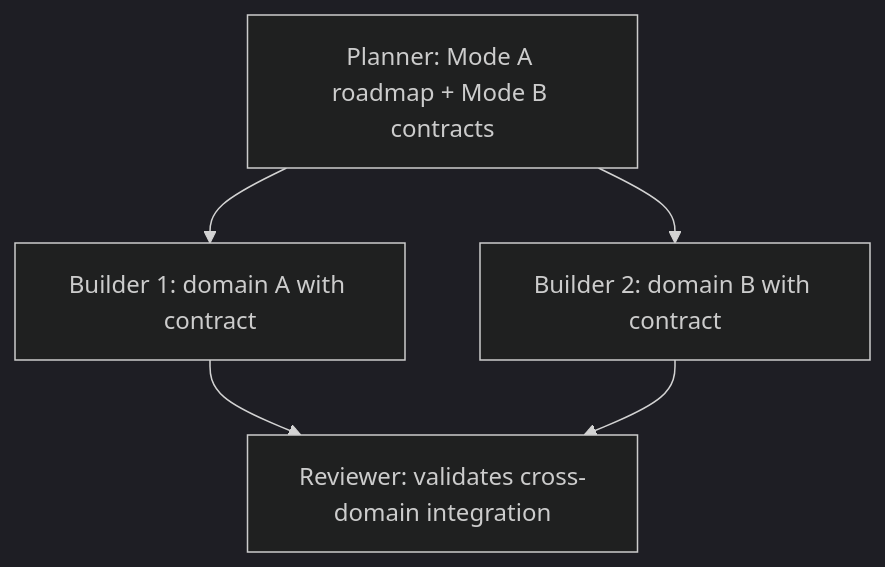
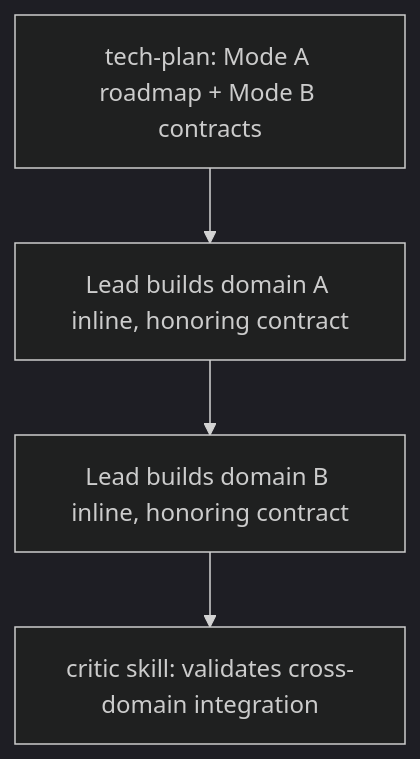
The diagram in .claude/skills/orchestrator-protocol/references/03-complexity-routing.md (MaciWP/claude-code-poneglyph), drawn with Mermaid (dark theme) before and after one commit. The commit also changed other lines of this file and 6 other files, not shown here.

````diff
--- a/.claude/skills/orchestrator-protocol/references/03-complexity-routing.md
+++ b/.claude/skills/orchestrator-protocol/references/03-complexity-routing.md
@@ -58,7 +59,7 @@
 ```mermaid
 graph TD
-    P[Planner: Mode A roadmap + Mode B contracts]
-    P --> B1[Builder 1: domain A with contract]
-    P --> B2[Builder 2: domain B with contract]
-    B1 & B2 --> R[Reviewer: validates cross-domain integration]
+    P[tech-plan: Mode A roadmap + Mode B contracts]
+    P --> D1[Lead builds domain A inline, honoring contract]
+    D1 --> D2[Lead builds domain B inline, honoring contract]
+    D2 --> R[critic skill: validates cross-domain integration]
 ```
````
